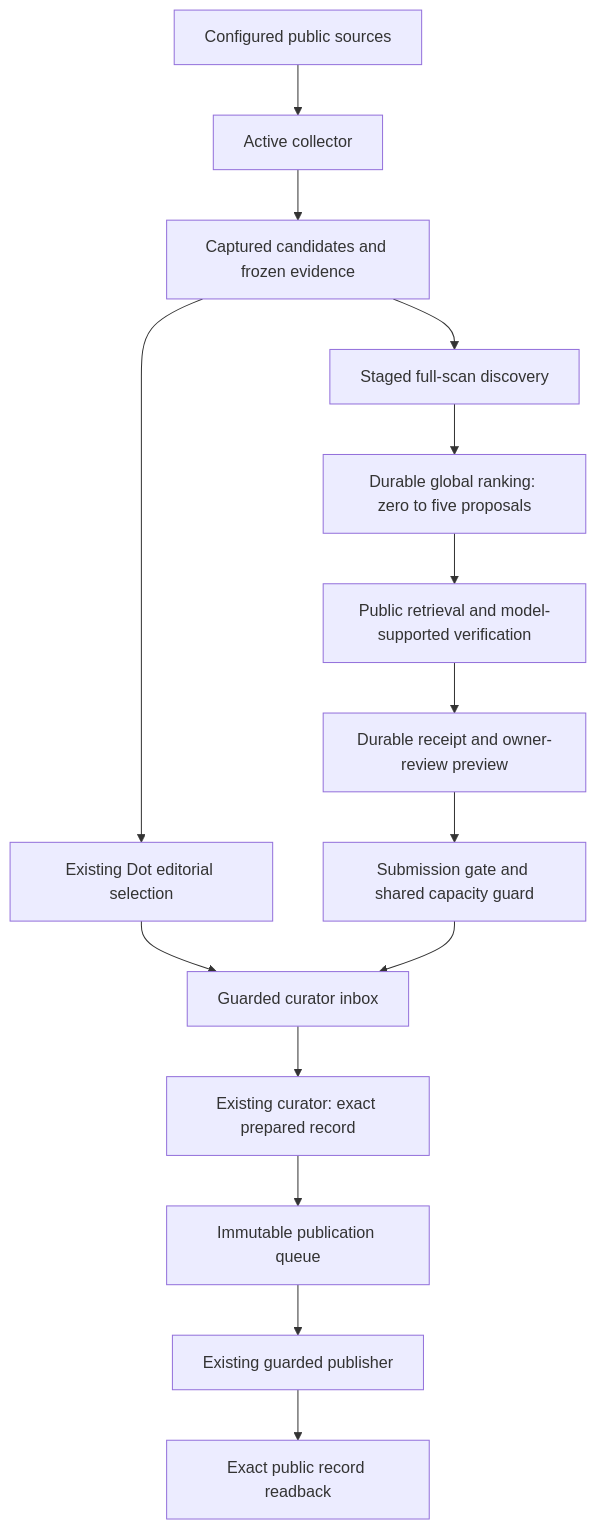
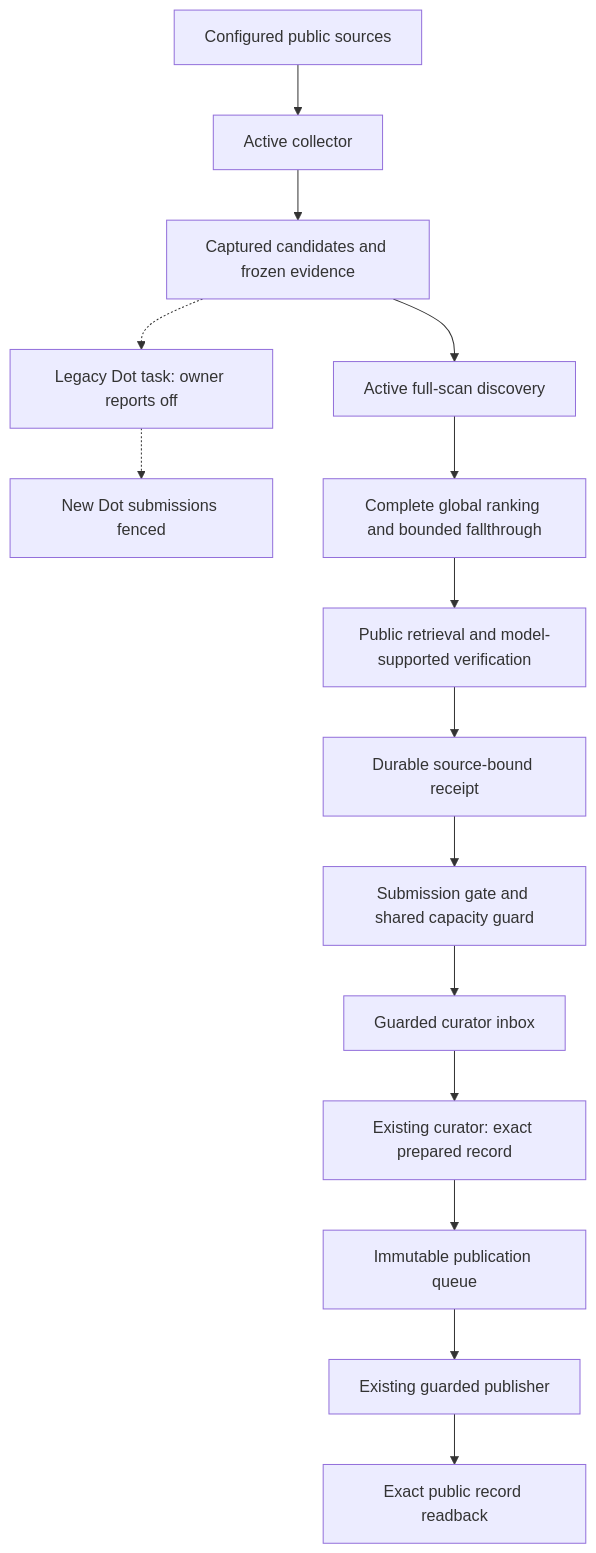
One commit to itomek/itomek-news-digest-agent changed the diagram in docs/warpcore-architecture.md. Above: the diagram before and after it, drawn with Mermaid. The commit also changed other lines of this file and 11 other files, not shown here.

````diff
--- a/docs/warpcore-architecture.md
+++ b/docs/warpcore-architecture.md
@@ -42,17 +45,17 @@
 ```mermaid
 flowchart TD
     Sources[Configured public sources] --> Collector[Active collector]
     Collector --> Evidence[Captured candidates and frozen evidence]
-    Evidence --> Dot[Existing Dot editorial selection]
-    Dot --> Inbox[Guarded curator inbox]
-    Evidence --> Discovery[Staged full-scan discovery]
-    Discovery --> Ranking[Durable global ranking: zero to five proposals]
+    Evidence -.-> Dot[Legacy Dot task: owner reports off]
+    Dot -.-> Fence[New Dot submissions fenced]
+    Evidence --> Discovery[Active full-scan discovery]
+    Discovery --> Ranking[Complete global ranking and bounded fallthrough]
     Ranking --> Verify[Public retrieval and model-supported verification]
-    Verify --> Preview[Durable receipt and owner-review preview]
+    Verify --> Preview[Durable source-bound receipt]
     Preview --> Admission[Submission gate and shared capacity guard]
-    Admission --> Inbox
+    Admission --> Inbox[Guarded curator inbox]
     Inbox --> Curator[Existing curator: exact prepared record]
     Curator --> Queue[Immutable publication queue]
     Queue --> Publisher[Existing guarded publisher]
     Publisher --> Readback[Exact public record readback]
 ```
````
